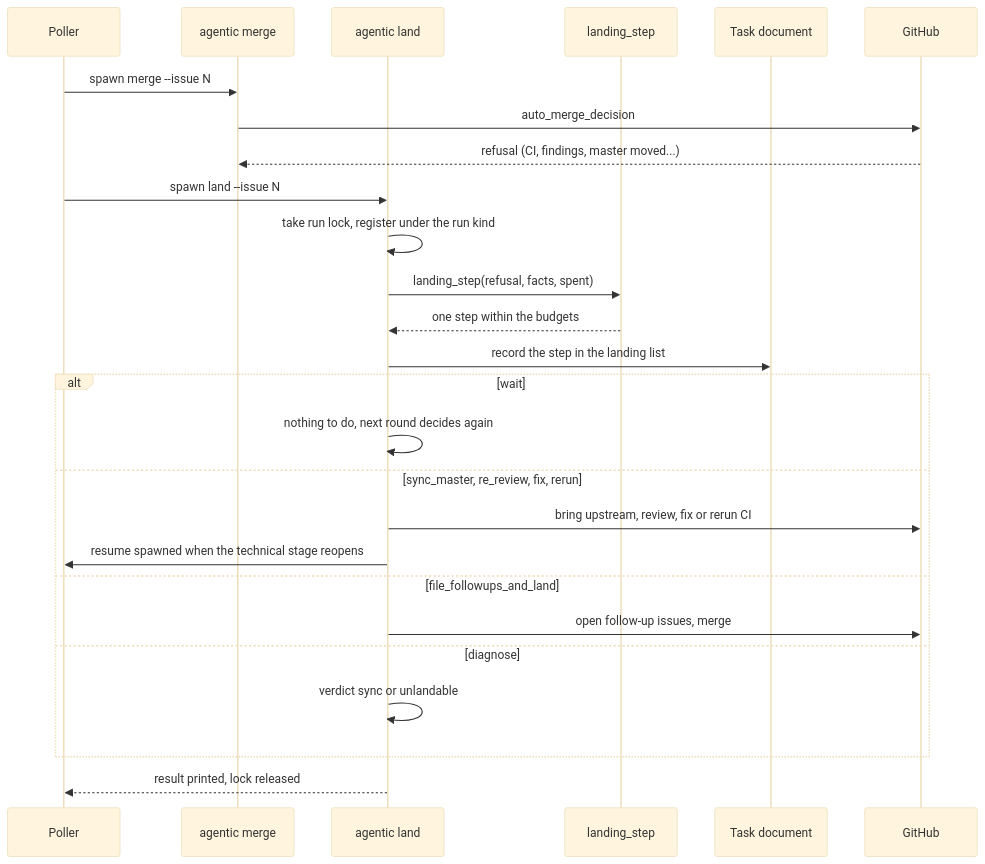
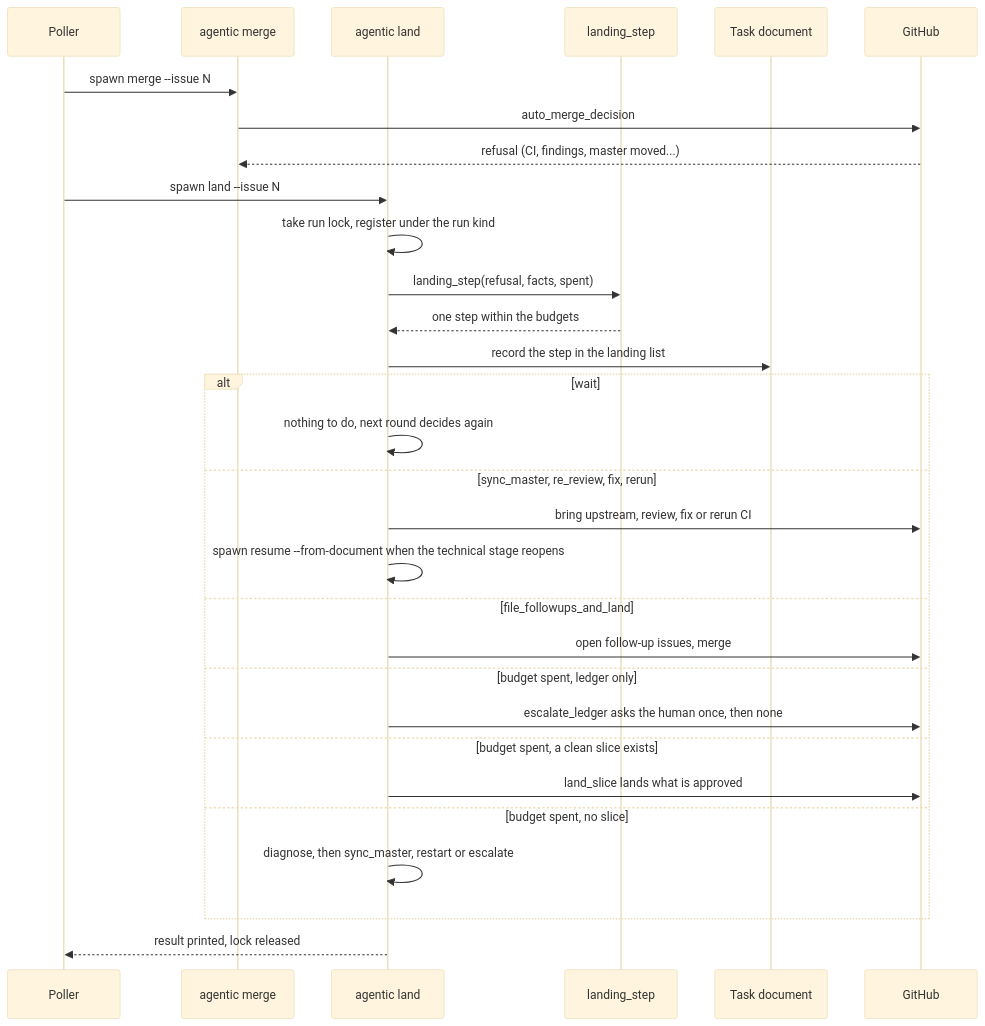
The diagram in docs/architecture/flujos/aterrizaje.md (GonzaloZevallos/agentic-system), drawn with Mermaid (base theme) before and after one commit. The commit also changed other lines of this file and 2 other files, not shown here.

First line of the commit message:
Correct the landing and resume pages to what the code does

````diff
--- a/docs/architecture/flujos/aterrizaje.md
+++ b/docs/architecture/flujos/aterrizaje.md
@@ -9,28 +9,32 @@
 ```mermaid
 sequenceDiagram
     participant Poller
     participant Merge as agentic merge
     participant Land as agentic land
     participant Table as landing_step
     participant Doc as Task document
     participant GitHub
     Poller->>Merge: spawn merge --issue N
     Merge->>GitHub: auto_merge_decision
     GitHub-->>Merge: refusal (CI, findings, master moved...)
     Poller->>Land: spawn land --issue N
     Land->>Land: take run lock, register under the run kind
     Land->>Table: landing_step(refusal, facts, spent)
     Table-->>Land: one step within the budgets
     Land->>Doc: record the step in the landing list
     alt wait
         Land->>Land: nothing to do, next round decides again
     else sync_master, re_review, fix, rerun
         Land->>GitHub: bring upstream, review, fix or rerun CI
-        Land->>Poller: resume spawned when the technical stage reopens
+        Land->>Land: spawn resume --from-document when the technical stage reopens
     else file_followups_and_land
         Land->>GitHub: open follow-up issues, merge
-    else diagnose
-        Land->>Land: verdict sync or unlandable
+    else budget spent, ledger only
+        Land->>GitHub: escalate_ledger asks the human once, then none
+    else budget spent, a clean slice exists
+        Land->>GitHub: land_slice lands what is approved
+    else budget spent, no slice
+        Land->>Land: diagnose, then sync_master, restart or escalate
     end
     Land-->>Poller: result printed, lock released
 ```
````
